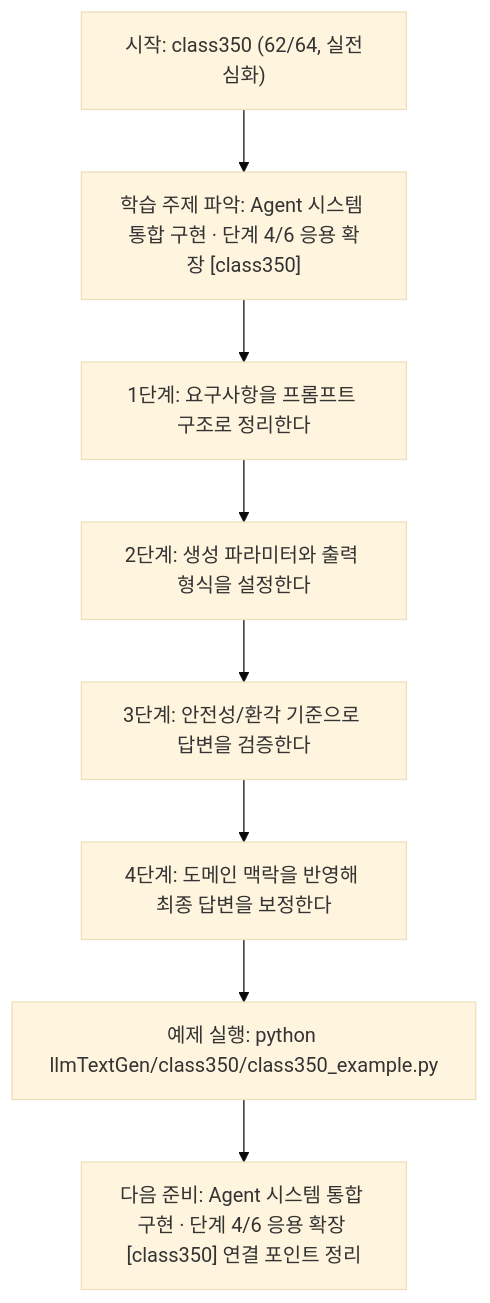
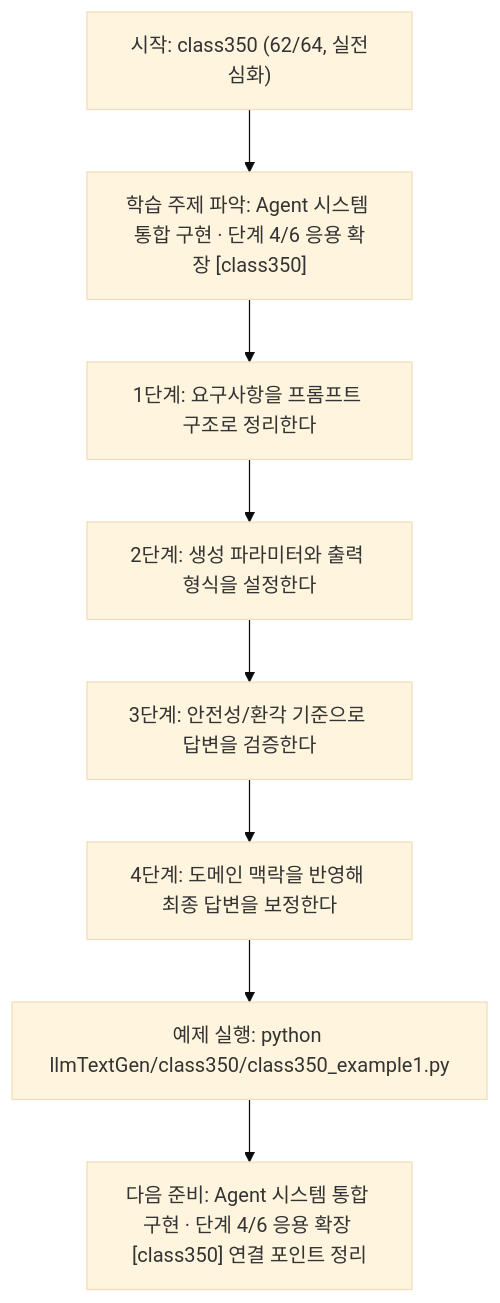
Before and after one commit to edumgt/Python-AI_Agent-Class: the diagram in llmTextGen/class350/class350.md, drawn with Mermaid (base theme). The commit also changed other lines of this file and 2959 other files, not shown here.

````diff
--- a/llmTextGen/class350/class350.md
+++ b/llmTextGen/class350/class350.md
@@ -115,18 +115,18 @@
 ```mermaid
 flowchart TD
 N1["시작: class350 (62/64, 실전심화)"]
 N2["학습 주제 파악: Agent 시스템 통합 구현 · 단계 4/6 응용 확장 [class350]"]
 N3["1단계: 요구사항을 프롬프트 구조로 정리한다"]
 N4["2단계: 생성 파라미터와 출력 형식을 설정한다"]
 N5["3단계: 안전성/환각 기준으로 답변을 검증한다"]
 N6["4단계: 도메인 맥락을 반영해 최종 답변을 보정한다"]
-N7["예제 실행: python llmTextGen/class350/class350_example.py"]
+N7["예제 실행: python llmTextGen/class350/class350_example1.py"]
 N8["다음 준비: Agent 시스템 통합 구현 · 단계 4/6 응용 확장 [class350] 연결 포인트 정리"]
 N1 --> N2
 N2 --> N3
 N3 --> N4
 N4 --> N5
 N5 --> N6
 N6 --> N7
 N7 --> N8
 ```
````
